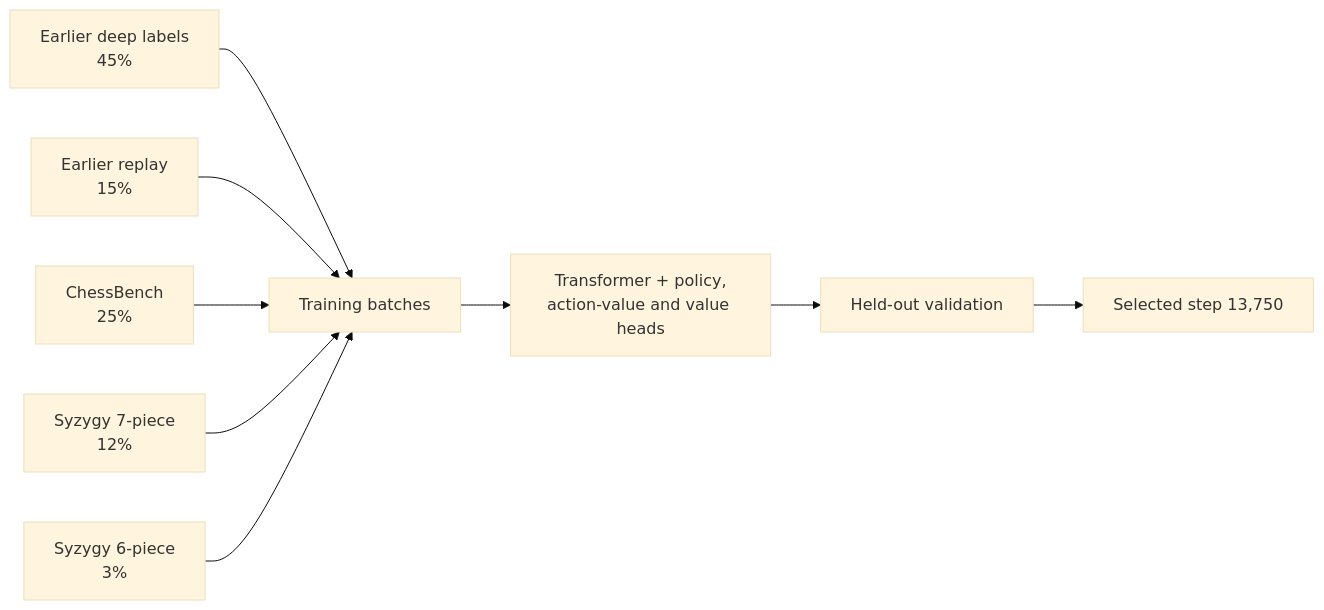
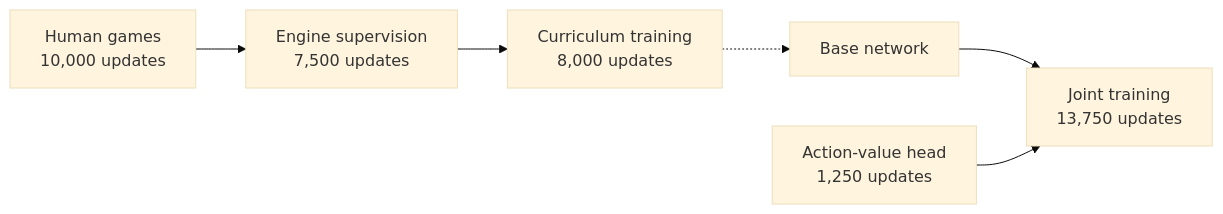
One commit to ddy314/NeuroChess changed the diagram in docs/TRAINING.md. Above: the diagram before and after it, drawn with Mermaid (base theme). The commit also changed other lines of this file and 13 other files, not shown here.

````diff
--- a/docs/TRAINING.md
+++ b/docs/TRAINING.md
@@ -31,11 +7,8 @@
 ```mermaid
 flowchart LR
-    A[Earlier deep labels<br/>45%] --> M[Training batches]
-    B[Earlier replay<br/>15%] --> M
-    C[ChessBench<br/>25%] --> M
-    D[Syzygy 7-piece<br/>12%] --> M
-    E[Syzygy 6-piece<br/>3%] --> M
-    M --> N[Transformer + policy,<br/>action-value and value heads]
-    N --> V[Held-out validation]
-    V --> S[Selected step 13,750]
+    A[Human games<br/>10,000 updates] --> B[Engine supervision<br/>7,500 updates]
+    B --> C[Curriculum training<br/>8,000 updates]
+    C -.-> D[Base network]
+    D --> F[Joint training<br/>13,750 updates]
+    E[Action-value head<br/>1,250 updates] --> F
 ```
````
